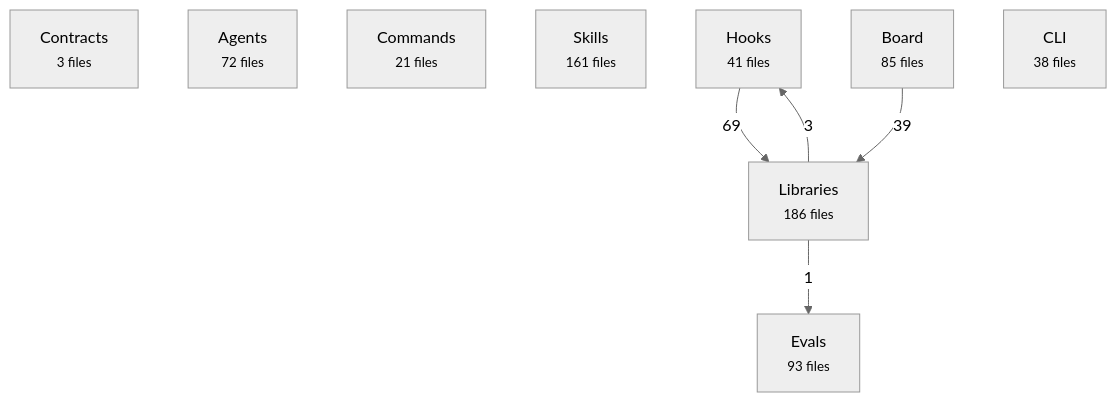
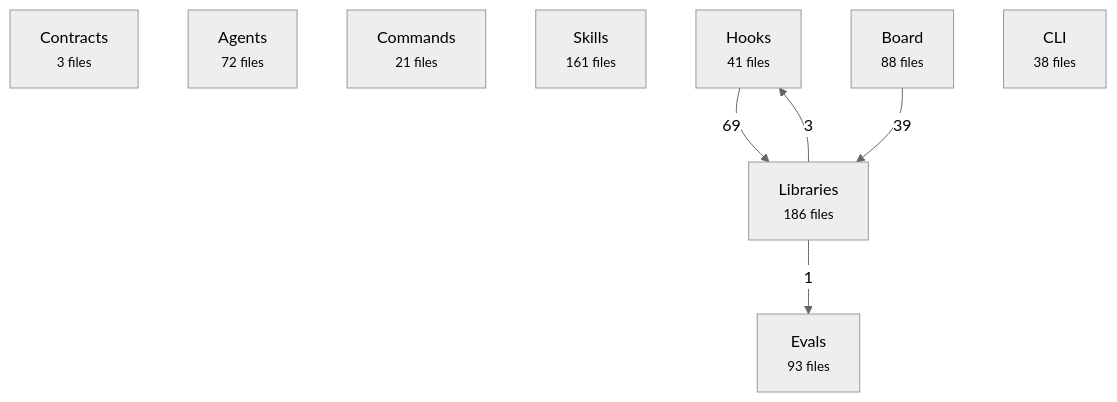
One commit to avelikiy/great_cto changed the first of 2 diagrams in docs/reference/architecture-map.md. Above: the diagram before and after it, drawn with Mermaid (neutral theme). The commit also changed other lines of this file and 5 other files, not shown here.

````diff
--- a/docs/reference/architecture-map.md
+++ b/docs/reference/architecture-map.md
@@ -20,16 +20,16 @@
 ```mermaid
 flowchart TD
   contracts["Contracts<br/><small>3 files</small>"]
   agents["Agents<br/><small>72 files</small>"]
   commands["Commands<br/><small>21 files</small>"]
   skills["Skills<br/><small>161 files</small>"]
   hooks["Hooks<br/><small>41 files</small>"]
   libs["Libraries<br/><small>186 files</small>"]
-  board["Board<br/><small>85 files</small>"]
+  board["Board<br/><small>88 files</small>"]
   cli["CLI<br/><small>38 files</small>"]
   evals["Evals<br/><small>93 files</small>"]
   hooks -->|69| libs
   board -->|39| libs
   libs -->|3| hooks
   libs -->|1| evals
 ```
````
